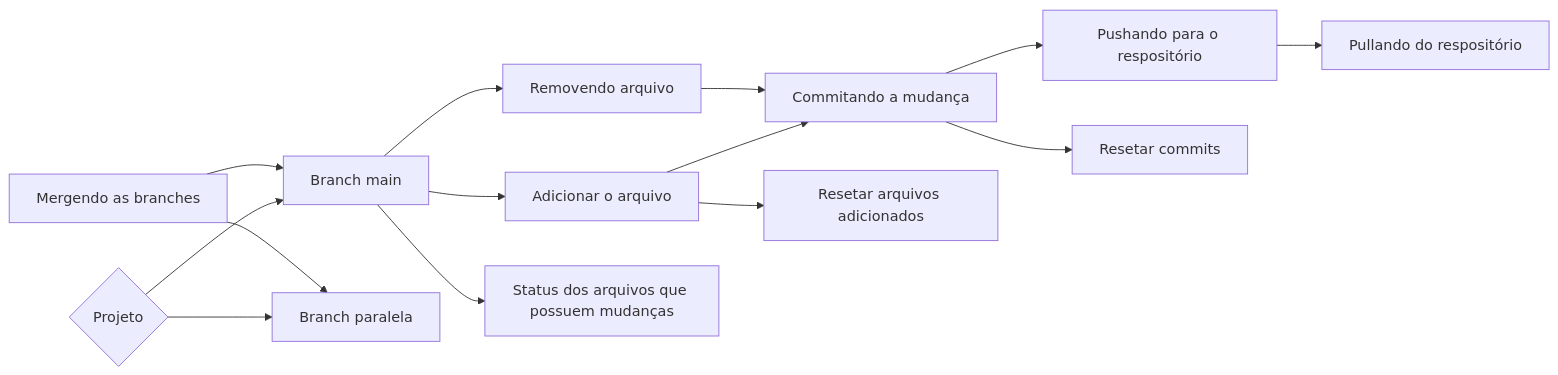
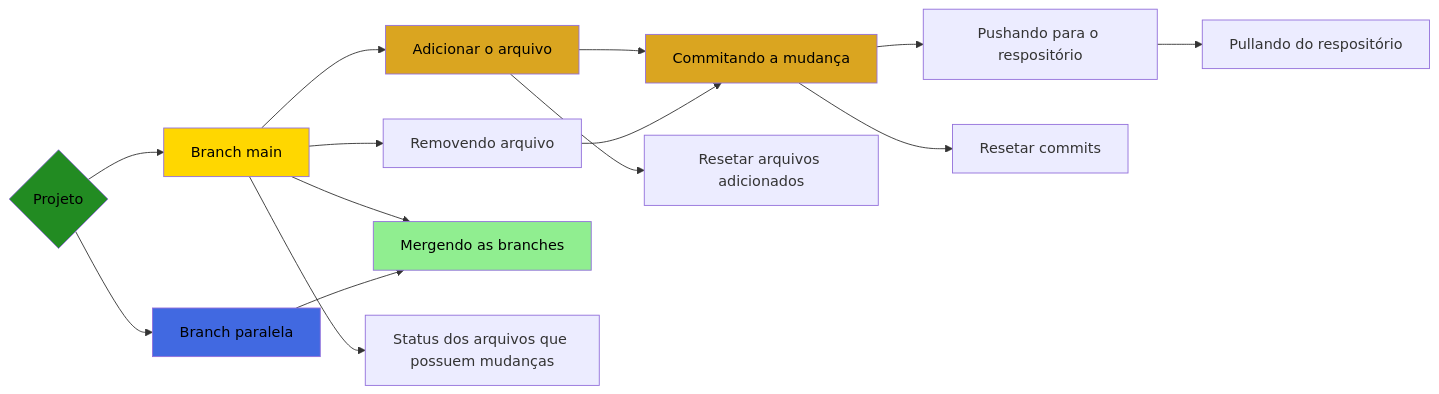
One commit to Edbbioeco/conectar_github_rstudio changed the diagram in README.qmd. Above: the diagram before and after it, drawn with Mermaid. The commit also changed other lines of this file, not shown here.

Commit message:
Quarto do README

````diff
--- a/README.qmd
+++ b/README.qmd
@@ -19,16 +19,22 @@
 ```{mermaid} 
 flowchart LR
   A{Projeto} --> B[Branch main] 
   A --> C[Branch paralela]
   B --> D[Adicionar o arquivo]
   D --> E[Commitando a mudança]
   E --> F[Pushando para o respositório]
   F --> G[Pullando do respositório]
   H[Removendo arquivo] --> E
   D --> I[Resetar arquivos adicionados]
   E --> J[Resetar commits]
   B --> H
-  k[Mergendo as branches] --> B
-  k[Mergendo as branches] --> C
+  B --> K[Mergendo as branches]
+  C --> K[Mergendo as branches]
   B --> L[Status dos arquivos que possuem mudanças]
+  style A fill:forestgreen, color:black
+  style B fill:gold, color:black
+  style C fill:royalblue, color:black
+  style D fill:goldenrod, color:black
+  style E fill:goldenrod, color:black
+  style K fill:lightgreen, color:black
 ```
````
